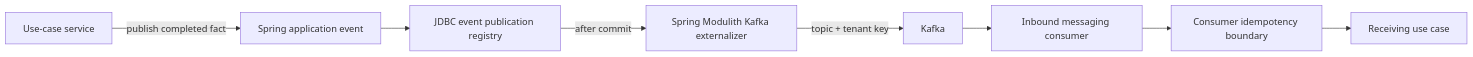
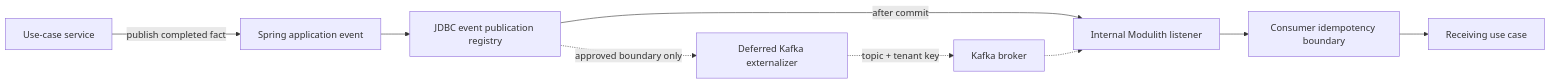
One commit to migangdelzar/emme-service changed the diagram in docs/adr/0005-spring-modulith-kafka-event-streaming.md. Above: the diagram before and after it, drawn with Mermaid. The commit also changed other lines of this file and 9 other files, not shown here.

````diff
--- a/docs/adr/0005-spring-modulith-kafka-event-streaming.md
+++ b/docs/adr/0005-spring-modulith-kafka-event-streaming.md
@@ -42,10 +47,11 @@
 ```mermaid
 flowchart LR
     UC[Use-case service] -->|publish completed fact| APP[Spring application event]
     APP --> REG[JDBC event publication registry]
-    REG -->|after commit| EXT[Spring Modulith Kafka externalizer]
-    EXT -->|topic + tenant key| K[Kafka]
-    K --> CON[Inbound messaging consumer]
+    REG -->|after commit| CON[Internal Modulith listener]
     CON --> IDEM[Consumer idempotency boundary]
     IDEM --> USE[Receiving use case]
+    REG -.->|approved boundary only| EXT[Deferred Kafka externalizer]
+    EXT -.->|topic + tenant key| K[Kafka broker]
+    K -.-> CON
 ```
````
